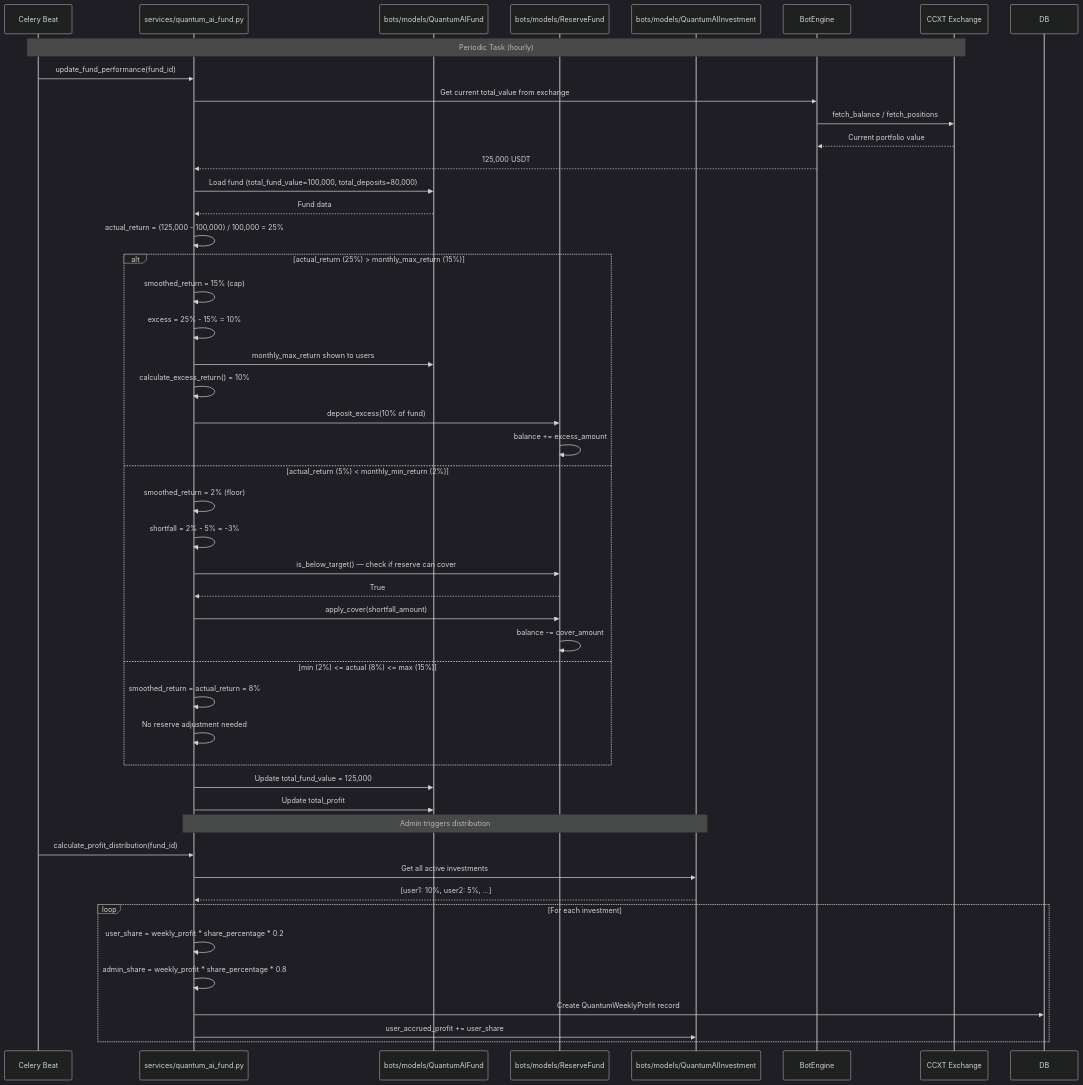
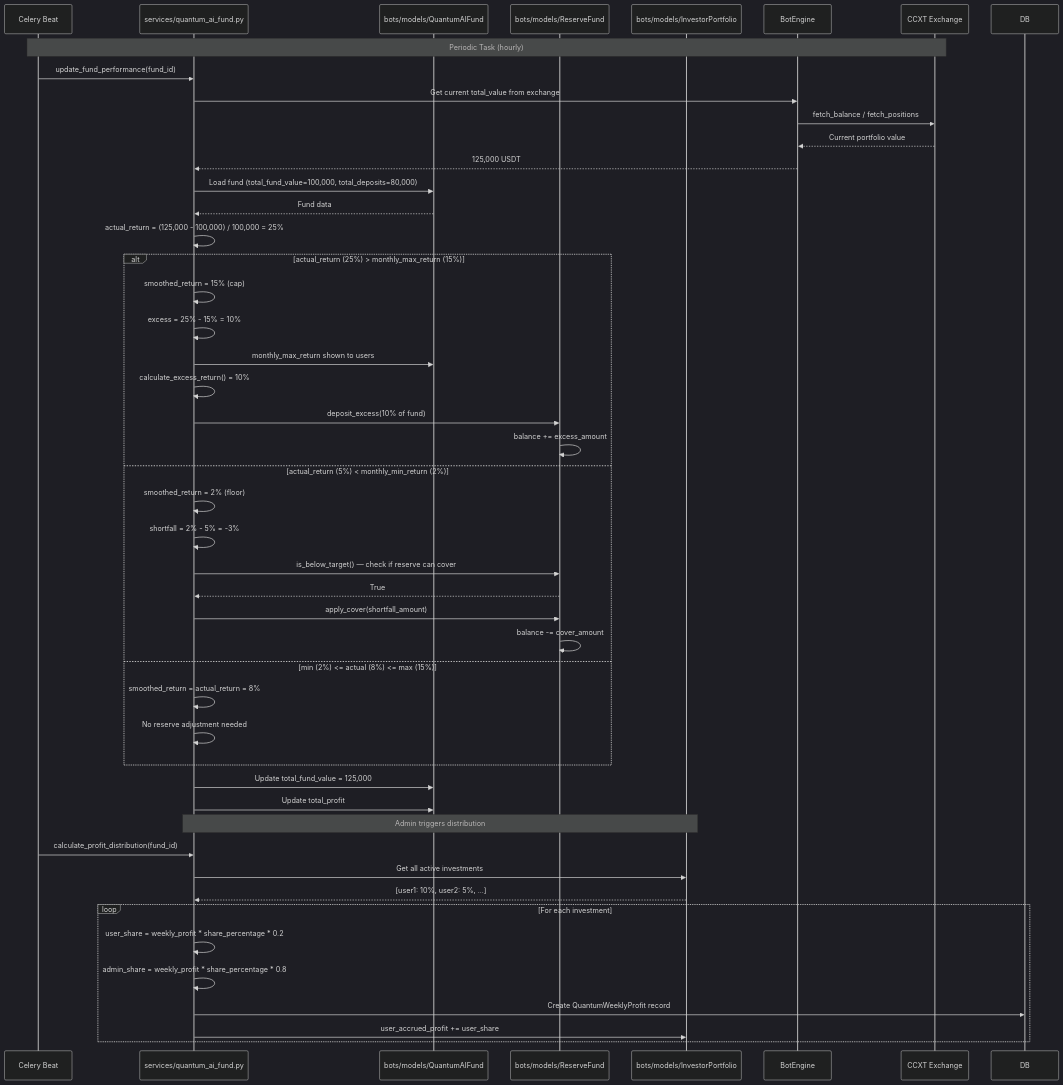
One commit to torgovo/torgovo changed the second of 5 diagrams in docs/diagrams/04_SEQUENCE_DIAGRAMS.md. Above: the diagram before and after it, drawn with Mermaid (dark theme). The commit also changed 177 other files, not shown here.

First line of the commit message:
Add analytics app, persistence hardening, 2FA, users mgmt, CI, and merge knowledge-graph chunks into graphify-out

````diff
--- a/docs/diagrams/04_SEQUENCE_DIAGRAMS.md
+++ b/docs/diagrams/04_SEQUENCE_DIAGRAMS.md
@@ -81,60 +81,60 @@
 ```mermaid
 sequenceDiagram
     participant CeleryBeat as Celery Beat
     participant FundSvc as services/quantum_ai_fund.py
     participant Fund as bots/models/QuantumAIFund
     participant Reserve as bots/models/ReserveFund
-    participant Investment as bots/models/QuantumAIInvestment
+    participant Investment as bots/models/InvestorPortfolio
     participant Engine as BotEngine
     participant Exchange as CCXT Exchange
 
     Note over CeleryBeat,Exchange: Periodic Task (hourly)
 
     CeleryBeat->>FundSvc: update_fund_performance(fund_id)
 
     FundSvc->>Engine: Get current total_value from exchange
     Engine->>Exchange: fetch_balance / fetch_positions
     Exchange-->>Engine: Current portfolio value
     Engine-->>FundSvc: 125,000 USDT
 
     FundSvc->>Fund: Load fund (total_fund_value=100,000, total_deposits=80,000)
     Fund-->>FundSvc: Fund data
 
     FundSvc->>FundSvc: actual_return = (125,000 - 100,000) / 100,000 = 25%
 
     alt actual_return (25%) > monthly_max_return (15%)
         FundSvc->>FundSvc: smoothed_return = 15% (cap)
         FundSvc->>FundSvc: excess = 25% - 15% = 10%
         FundSvc->>Fund: monthly_max_return shown to users
         FundSvc->>FundSvc: calculate_excess_return() = 10%
         FundSvc->>Reserve: deposit_excess(10% of fund)
         Reserve->>Reserve: balance += excess_amount
     else actual_return (5%) < monthly_min_return (2%)
         FundSvc->>FundSvc: smoothed_return = 2% (floor)
         FundSvc->>FundSvc: shortfall = 2% - 5% = -3%
         FundSvc->>Reserve: is_below_target() — check if reserve can cover
         Reserve-->>FundSvc: True
         FundSvc->>Reserve: apply_cover(shortfall_amount)
         Reserve->>Reserve: balance -= cover_amount
     else min (2%) <= actual (8%) <= max (15%)
         FundSvc->>FundSvc: smoothed_return = actual_return = 8%
         FundSvc->>FundSvc: No reserve adjustment needed
     end
 
     FundSvc->>Fund: Update total_fund_value = 125,000
     FundSvc->>Fund: Update total_profit
 
     Note over FundSvc,Investment: Admin triggers distribution
 
     CeleryBeat->>FundSvc: calculate_profit_distribution(fund_id)
 
     FundSvc->>Investment: Get all active investments
     Investment-->>FundSvc: [user1: 10%, user2: 5%, ...]
 
     loop For each investment
         FundSvc->>FundSvc: user_share = weekly_profit * share_percentage * 0.2
         FundSvc->>FundSvc: admin_share = weekly_profit * share_percentage * 0.8
         FundSvc->>DB: Create QuantumWeeklyProfit record
         FundSvc->>Investment: user_accrued_profit += user_share
     end
 ```
````
